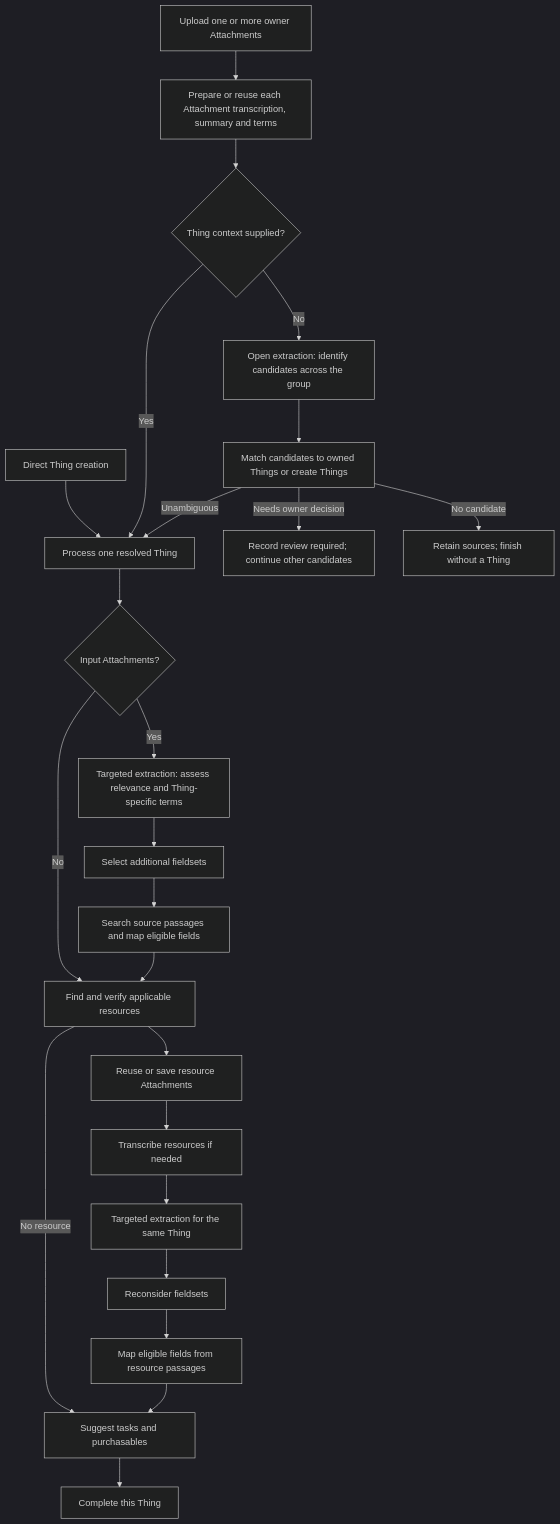
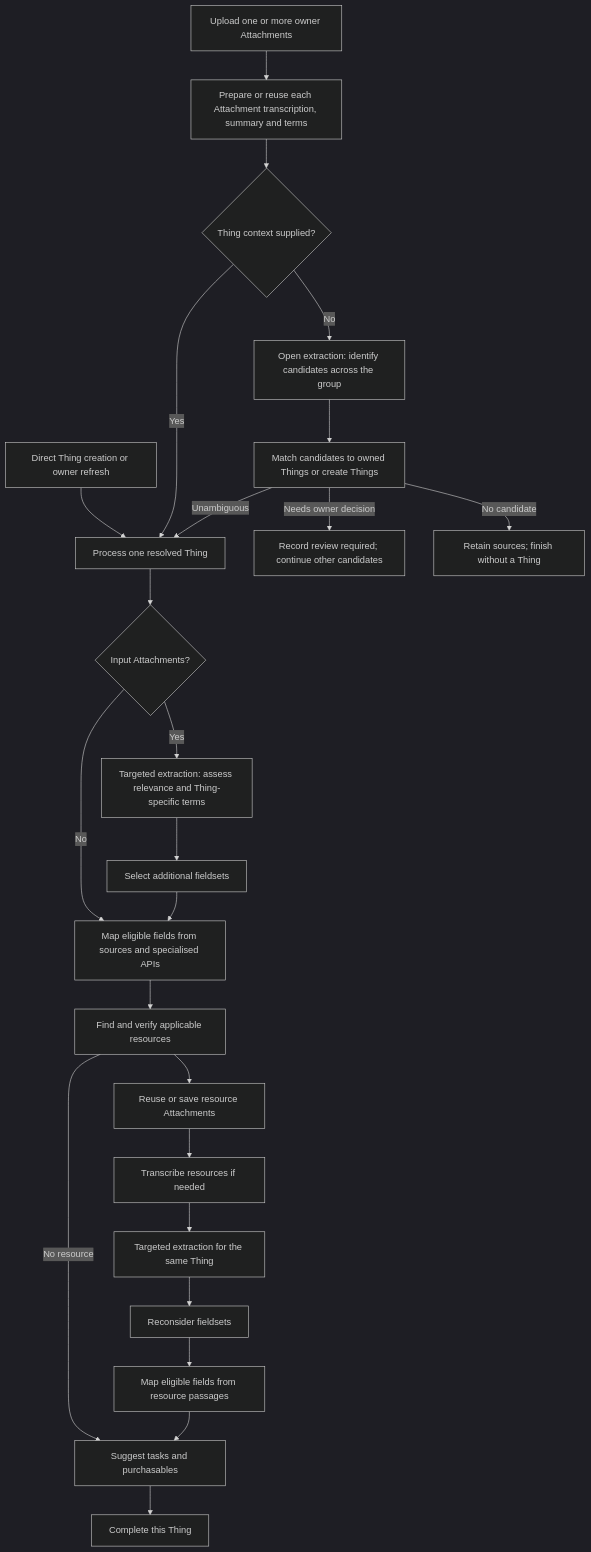
Before and after one commit to things-industries/boring-things: the second of 2 diagrams in docs/plans/import-improvements.md, drawn with Mermaid (dark theme). The commit also changed other lines of this file, not shown here.

Commit message:
docs(imports): plan refresh and specialised field mapping

````diff
--- a/docs/plans/import-improvements.md
+++ b/docs/plans/import-improvements.md
@@ -78,27 +78,27 @@
 ```mermaid
 flowchart TD
     Upload["Upload one or more owner Attachments"] --> Prepare["Prepare or reuse each Attachment transcription, summary and terms"]
     Prepare --> Context{"Thing context supplied?"}
     Context -->|"No"| Open["Open extraction: identify candidates across the group"]
     Open --> Resolve["Match candidates to owned Things or create Things"]
     Resolve -->|"Unambiguous"| Target["Process one resolved Thing"]
     Resolve -->|"Needs owner decision"| Review["Record review required; continue other candidates"]
     Resolve -->|"No candidate"| NoTarget["Retain sources; finish without a Thing"]
     Context -->|"Yes"| Target
-    Direct["Direct Thing creation"] --> Target
+    Direct["Direct Thing creation or owner refresh"] --> Target
     Target --> Sources{"Input Attachments?"}
     Sources -->|"Yes"| Assess["Targeted extraction: assess relevance and Thing-specific terms"]
     Assess --> Sets["Select additional fieldsets"]
-    Sets --> Map["Search source passages and map eligible fields"]
+    Sets --> Map["Map eligible fields from sources and specialised APIs"]
+    Sources -->|"No"| Map
     Map --> Discover["Find and verify applicable resources"]
-    Sources -->|"No"| Discover
     Discover --> Resource["Reuse or save resource Attachments"]
     Resource --> PrepareResource["Transcribe resources if needed"]
     PrepareResource --> ResourceAssess["Targeted extraction for the same Thing"]
     ResourceAssess --> ResourceSets["Reconsider fieldsets"]
     ResourceSets --> ResourceMap["Map eligible fields from resource passages"]
     ResourceMap --> Recommend["Suggest tasks and purchasables"]
     Discover -->|"No resource"| Recommend
     Recommend --> Complete
     Complete["Complete this Thing"]
 ```
````
